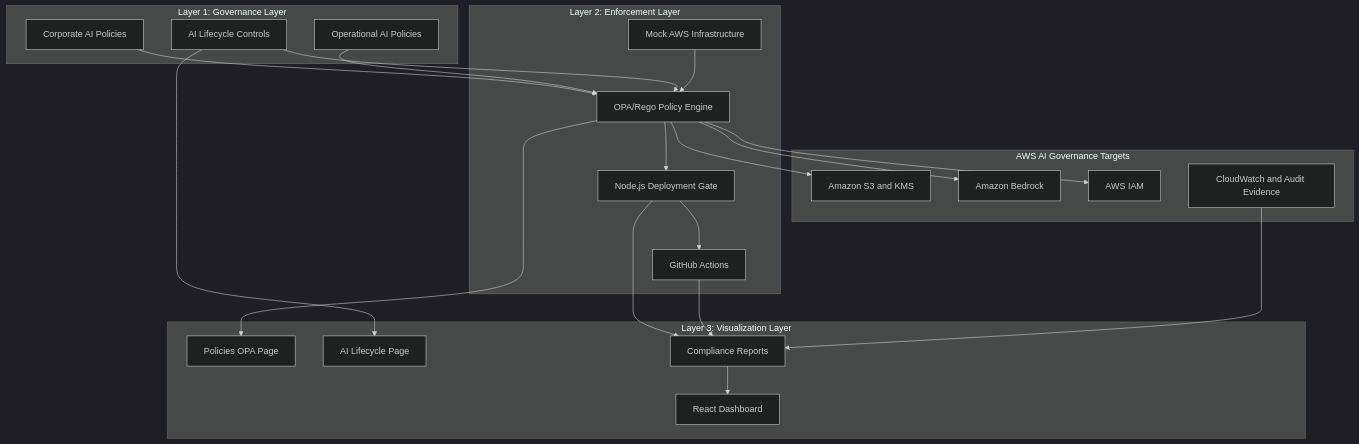
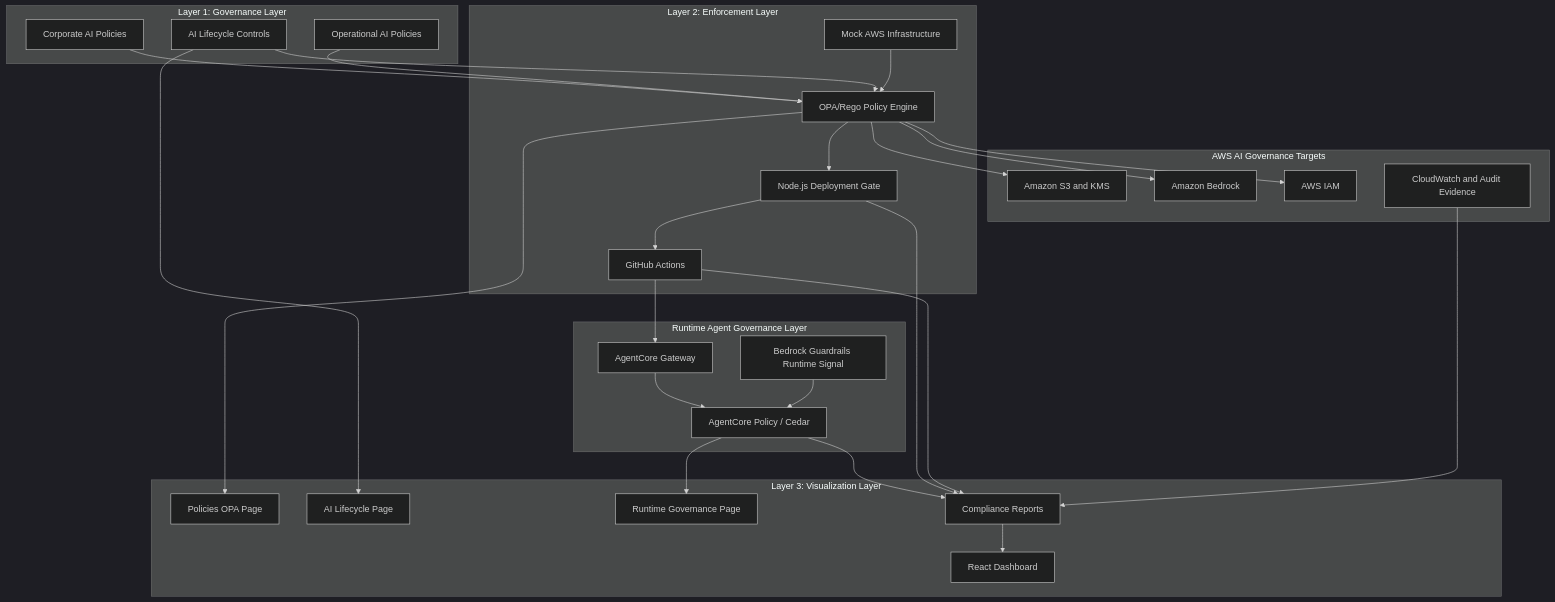
Before and after one commit to maha-sachin/aws-iso42001-governance-framework: the first of 4 diagrams in docs/architecture-diagram.md, drawn with Mermaid (dark theme). The commit also changed other lines of this file and 7 other files, not shown here.

Commit message:
feat: implement runtime governance policies with Cedar for agent tool authorization

````diff
--- a/docs/architecture-diagram.md
+++ b/docs/architecture-diagram.md
@@ -7,45 +7,57 @@
 ```mermaid
 flowchart TB
   subgraph L1["Layer 1: Governance Layer"]
     CP["Corporate AI Policies"]
     OP["Operational AI Policies"]
     LC["AI Lifecycle Controls"]
   end
 
   subgraph L2["Layer 2: Enforcement Layer"]
     INPUT["Mock AWS Infrastructure"]
     OPA["OPA/Rego Policy Engine"]
     GATE["Node.js Deployment Gate"]
     CICD["GitHub Actions"]
   end
 
+  subgraph RT["Runtime Agent Governance Layer"]
+    AGW["AgentCore Gateway"]
+    CEDAR["AgentCore Policy / Cedar"]
+    GR["Bedrock Guardrails Runtime Signal"]
+  end
+
   subgraph AWS["AWS AI Governance Targets"]
     S3["Amazon S3 and KMS"]
     BEDROCK["Amazon Bedrock"]
     IAM["AWS IAM"]
     LOGS["CloudWatch and Audit Evidence"]
   end
 
   subgraph L3["Layer 3: Visualization Layer"]
     DASH["React Dashboard"]
     OPAUI["Policies OPA Page"]
     LIFE["AI Lifecycle Page"]
+    RUNTIME["Runtime Governance Page"]
     REPORT["Compliance Reports"]
   end
 
   CP --> OPA
   OP --> OPA
   LC --> OPA
   INPUT --> OPA
   OPA --> GATE
   GATE --> CICD
+  CICD --> AGW
+  AGW --> CEDAR
+  GR --> CEDAR
+  CEDAR --> REPORT
   OPA --> S3
   OPA --> BEDROCK
   OPA --> IAM
   GATE --> REPORT
   CICD --> REPORT
   REPORT --> DASH
   OPA --> OPAUI
   LC --> LIFE
+  CEDAR --> RUNTIME
   LOGS --> REPORT
 ```
````
